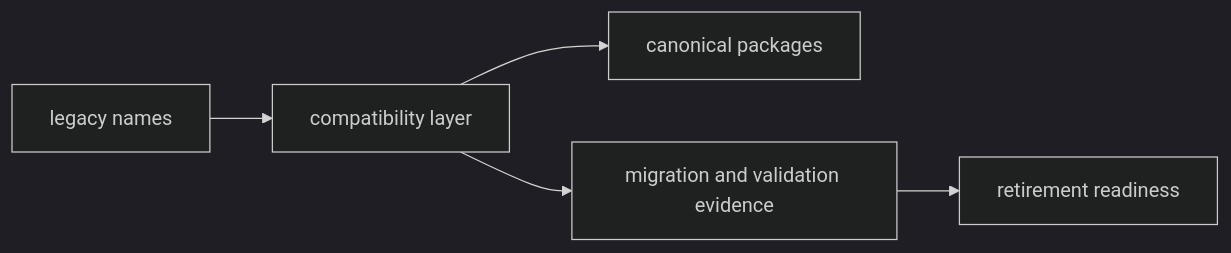
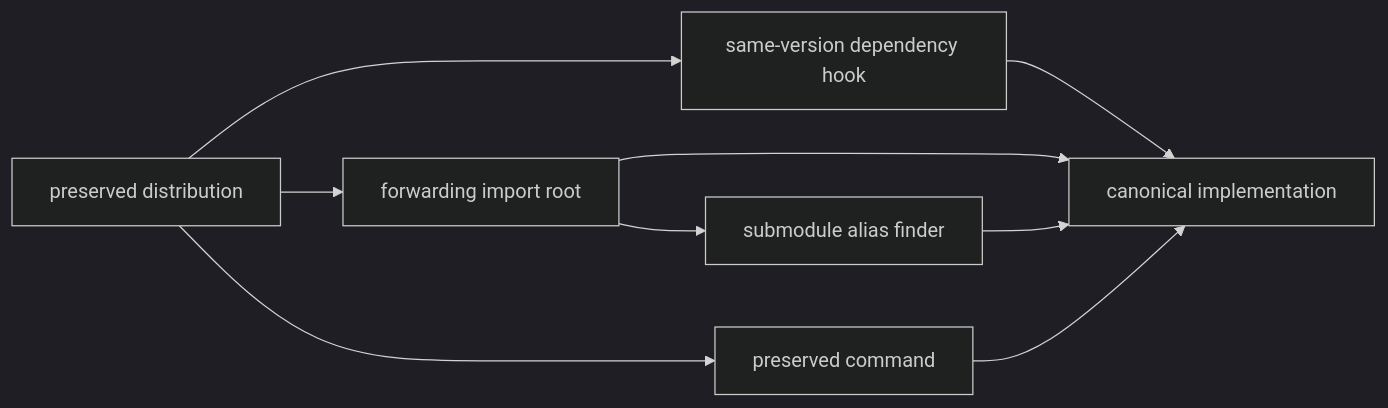
One commit to bijux/bijux-canon changed the diagram in docs/08-compat-packages/migration/compatibility-overview.md. Above: the diagram before and after it, drawn with Mermaid (dark theme). The commit also changed other lines of this file and 5 other files, not shown here.

Commit message:
docs(compat): specify alias contracts and migration paths

````diff
--- a/docs/08-compat-packages/migration/compatibility-overview.md
+++ b/docs/08-compat-packages/migration/compatibility-overview.md
@@ -19,11 +23,14 @@
 ```mermaid
 flowchart LR
-    legacy["legacy names"]
-    bridge["compatibility layer"]
-    canon["canonical packages"]
-    proof["migration and validation evidence"]
-    retirement["retirement readiness"]
+    install["preserved distribution"]
+    hook["same-version dependency hook"]
+    root["forwarding import root"]
+    finder["submodule alias finder"]
+    command["preserved command"]
+    canonical["canonical implementation"]
 
-    legacy --> bridge --> canon
-    bridge --> proof --> retirement
+    install --> hook --> canonical
+    install --> root --> canonical
+    root --> finder --> canonical
+    install --> command --> canonical
 ```
````
